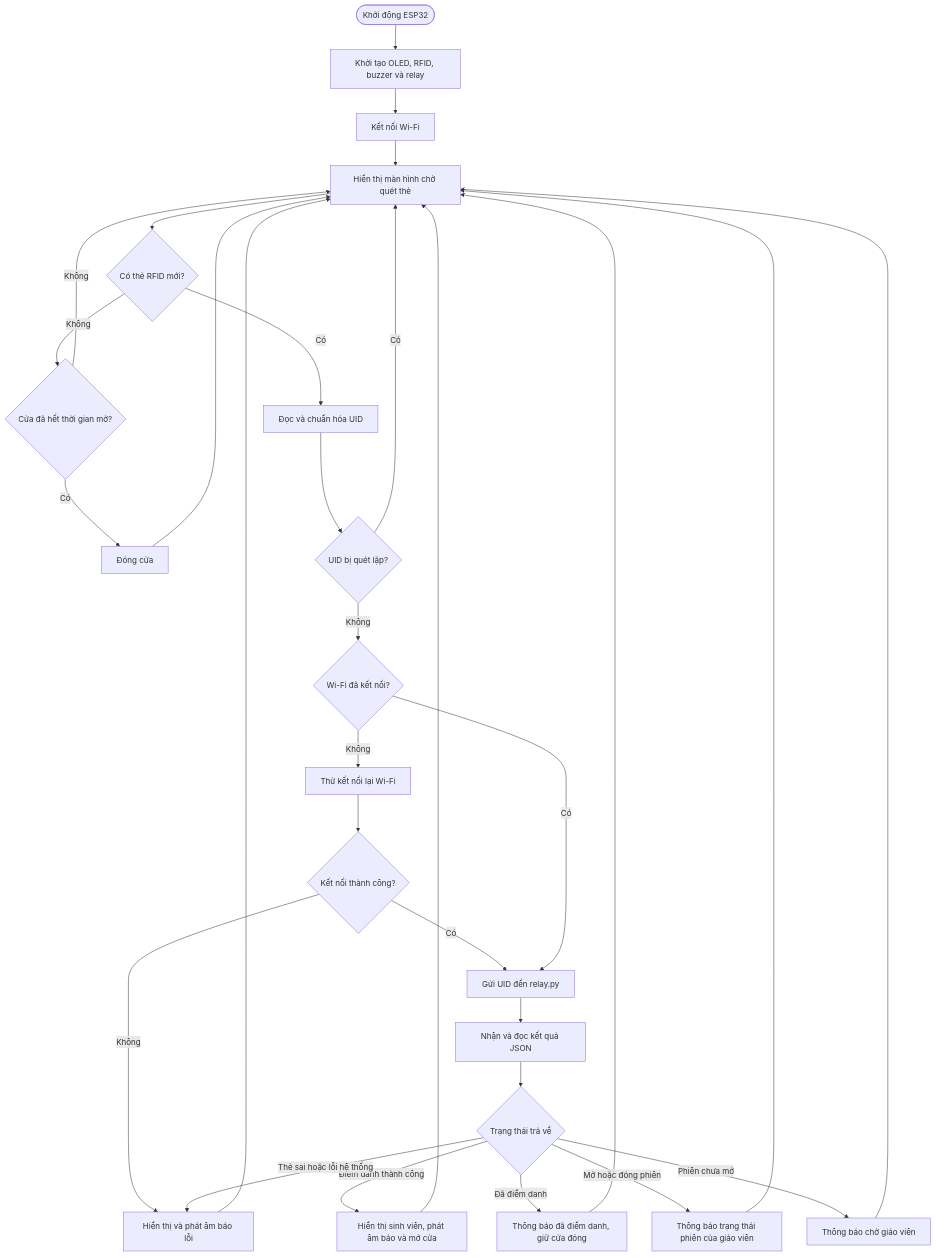
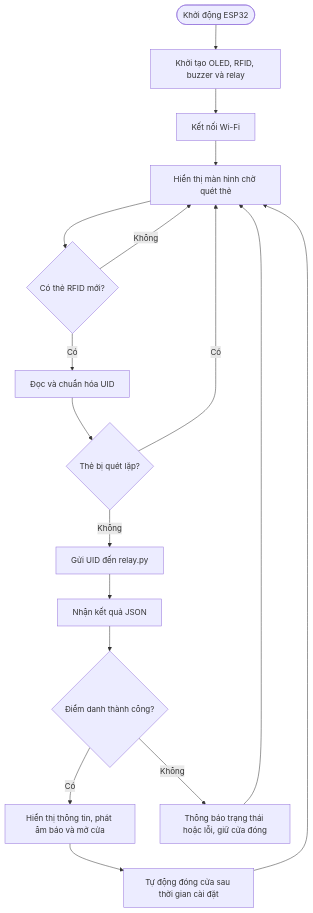
One commit to nguyen-mowftee2006/iot-tx2-project-ver1 changed the first of 3 diagrams in LUU_DO_TONG.md. Above: the diagram before and after it, drawn with Mermaid. The commit also changed other lines of this file, not shown here.

````diff
--- a/LUU_DO_TONG.md
+++ b/LUU_DO_TONG.md
@@ -5,34 +5,19 @@
 ```mermaid
 flowchart TD
     A([Khởi động ESP32]) --> B[Khởi tạo OLED, RFID, buzzer và relay]
     B --> C[Kết nối Wi-Fi]
     C --> D[Hiển thị màn hình chờ quét thẻ]
     D --> E{Có thẻ RFID mới?}
-    E -- Không --> F{Cửa đã hết thời gian mở?}
-    F -- Có --> G[Đóng cửa]
-    F -- Không --> D
-    G --> D
-
-    E -- Có --> H[Đọc và chuẩn hóa UID]
-    H --> I{UID bị quét lặp?}
-    I -- Có --> D
-    I -- Không --> J{Wi-Fi đã kết nối?}
-    J -- Không --> K[Thử kết nối lại Wi-Fi]
-    K --> L{Kết nối thành công?}
-    L -- Không --> M[Hiển thị và phát âm báo lỗi]
-    L -- Có --> N[Gửi UID đến relay.py]
-    J -- Có --> N
-
-    N --> O[Nhận và đọc kết quả JSON]
-    O --> P{Trạng thái trả về}
-    P -- Điểm danh thành công --> Q[Hiển thị sinh viên, phát âm báo và mở cửa]
-    P -- Đã điểm danh --> R[Thông báo đã điểm danh, giữ cửa đóng]
-    P -- Mở hoặc đóng phiên --> S[Thông báo trạng thái phiên của giáo viên]
-    P -- Phiên chưa mở --> T[Thông báo chờ giáo viên]
-    P -- Thẻ sai hoặc lỗi hệ thống --> M
-    Q --> D
-    R --> D
-    S --> D
-    T --> D
+    E -- Không --> D
+    E -- Có --> F[Đọc và chuẩn hóa UID]
+    F --> G{Thẻ bị quét lặp?}
+    G -- Có --> D
+    G -- Không --> H[Gửi UID đến relay.py]
+    H --> I[Nhận kết quả JSON]
+    I --> J{Điểm danh thành công?}
+    J -- Có --> K[Hiển thị thông tin, phát âm báo và mở cửa]
+    K --> L[Tự động đóng cửa sau thời gian cài đặt]
+    L --> D
+    J -- Không --> M[Thông báo trạng thái hoặc lỗi, giữ cửa đóng]
     M --> D
 ```
````
